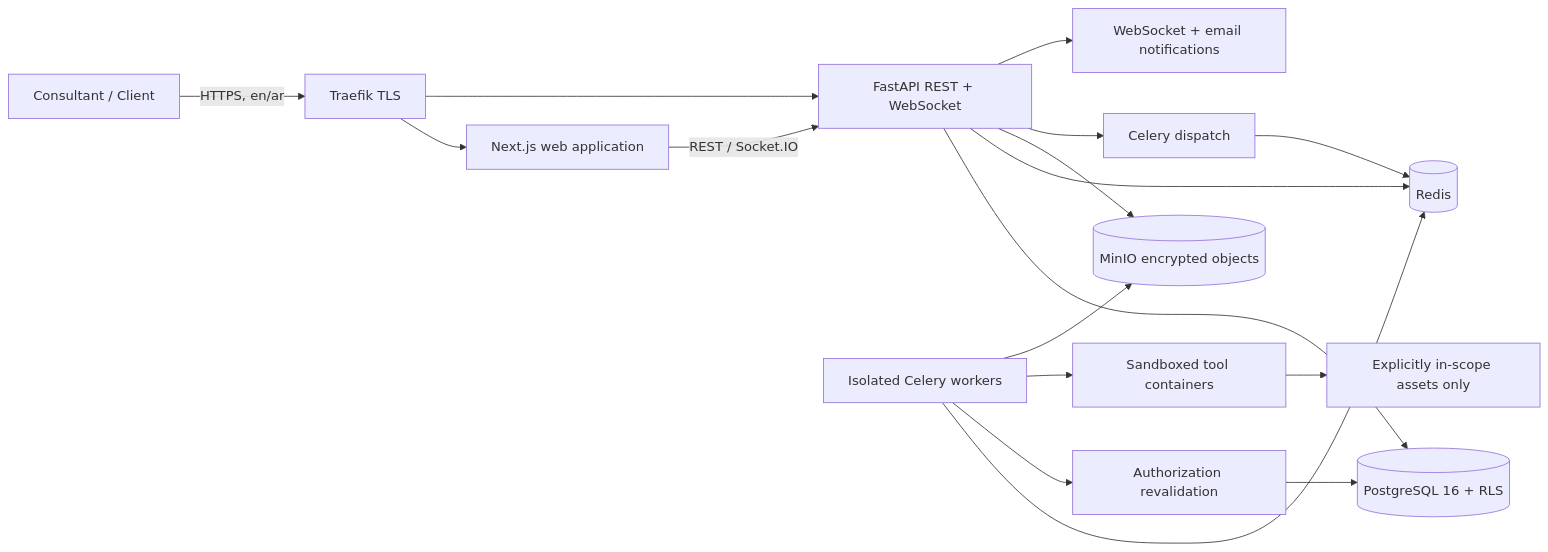
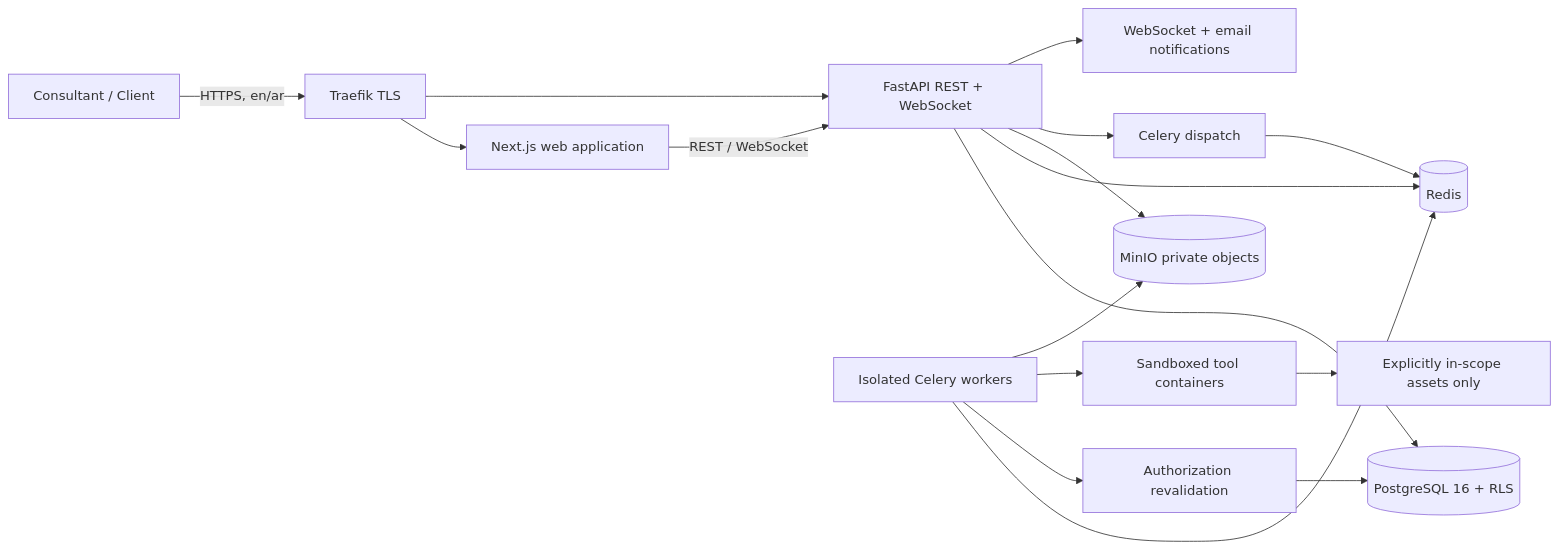
One commit to ahmedsayed06060-lgtm/testcy changed the first of 5 diagrams in ARCHITECTURE.md. Above: the diagram before and after it, drawn with Mermaid. The commit also changed other lines of this file and 203 other files, not shown here.

````diff
--- a/ARCHITECTURE.md
+++ b/ARCHITECTURE.md
@@ -7,19 +7,19 @@
 ```mermaid
 flowchart LR
     U[Consultant / Client] -->|HTTPS, en/ar| T[Traefik TLS]
     T --> F[Next.js web application]
     T --> A[FastAPI REST + WebSocket]
-    F -->|REST / Socket.IO| A
+    F -->|REST / WebSocket| A
     A --> P[(PostgreSQL 16 + RLS)]
     A --> R[(Redis)]
-    A --> M[(MinIO encrypted objects)]
+    A --> M[(MinIO private objects)]
     A --> C[Celery dispatch]
     C --> R
     W[Isolated Celery workers] --> R
     W --> G[Authorization revalidation]
     G --> P
     W --> D[Sandboxed tool containers]
     D --> X[Explicitly in-scope assets only]
     W --> M
     A --> N[WebSocket + email notifications]
 ```
````
